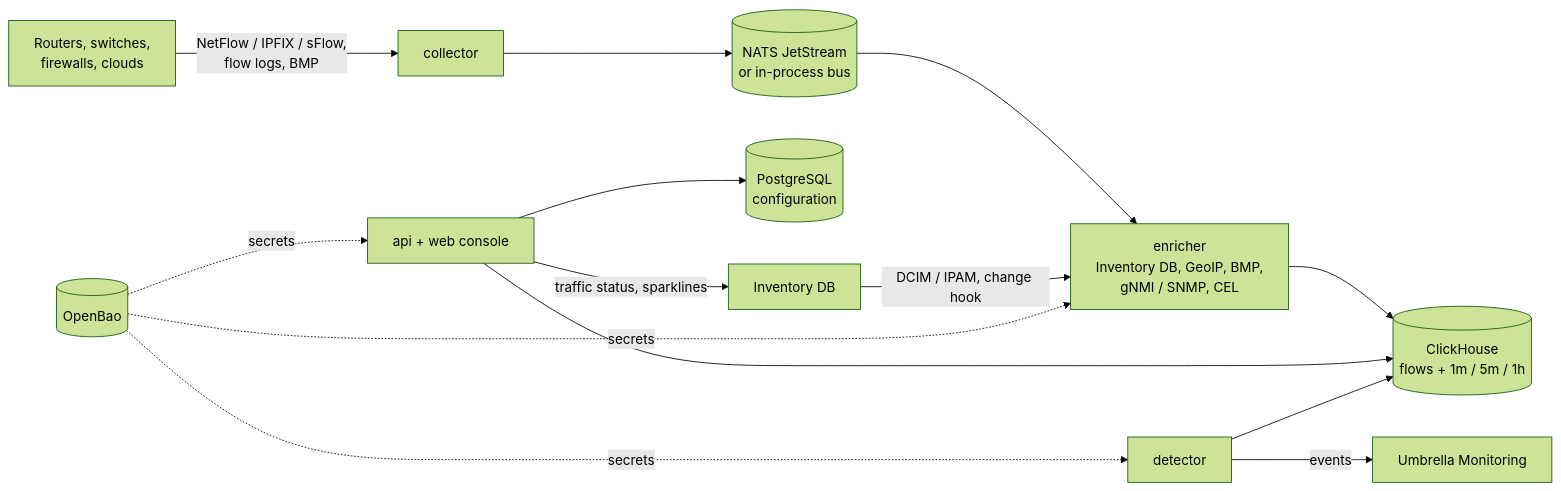
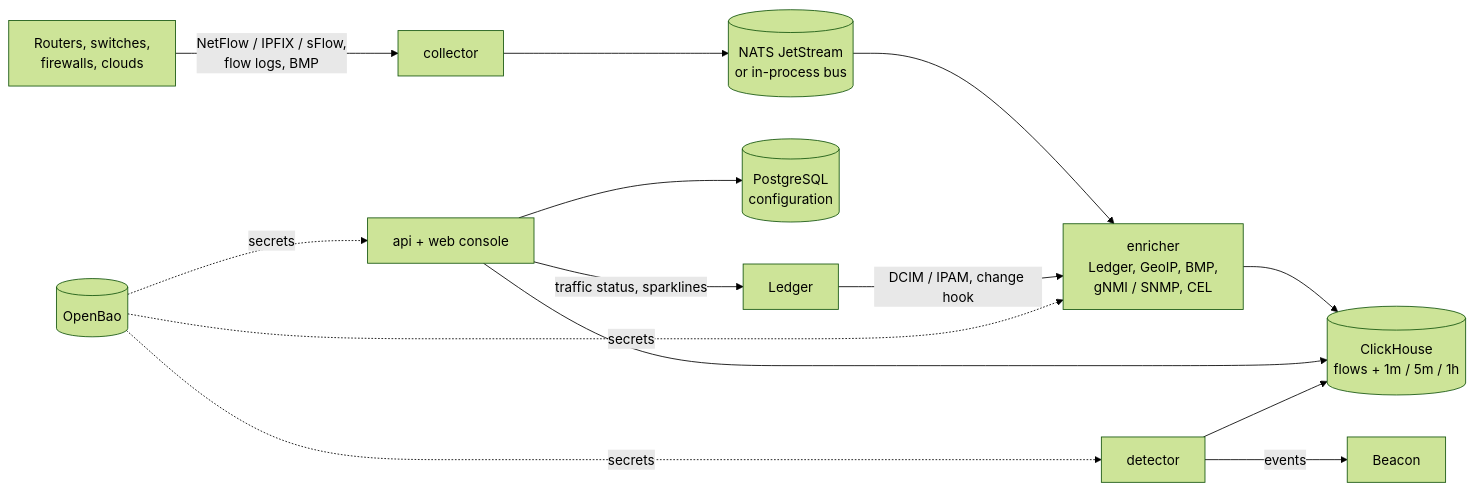
Before and after one commit to sbrw-evc/Current: the diagram in README.md, drawn with Mermaid (forest theme). The commit also changed other lines of this file and 379 other files, not shown here.

````diff
--- a/README.md
+++ b/README.md
@@ -77,14 +87,14 @@
 ```mermaid
 flowchart LR
   R[Routers, switches,<br/>firewalls, clouds] -- "NetFlow / IPFIX / sFlow,<br/>flow logs, BMP" --> COL[collector]
   COL --> BUS[(NATS JetStream<br/>or in-process bus)]
-  BUS --> EN[enricher<br/>Inventory DB, GeoIP, BMP,<br/>gNMI / SNMP, CEL]
+  BUS --> EN[enricher<br/>Ledger, GeoIP, BMP,<br/>gNMI / SNMP, CEL]
   EN --> CH[(ClickHouse<br/>flows + 1m / 5m / 1h)]
   API[api + web console] --> CH
   API --> PG[(PostgreSQL<br/>configuration)]
   DET[detector] --> CH
-  DET -- events --> UMB[Umbrella Monitoring]
-  INV[Inventory DB] -- "DCIM / IPAM, change hook" --> EN
+  DET -- events --> UMB[Beacon]
+  INV[Ledger] -- "DCIM / IPAM, change hook" --> EN
   API -- "traffic status, sparklines" --> INV
   OB[(OpenBao)] -. secrets .-> API & EN & DET
 ```
````
